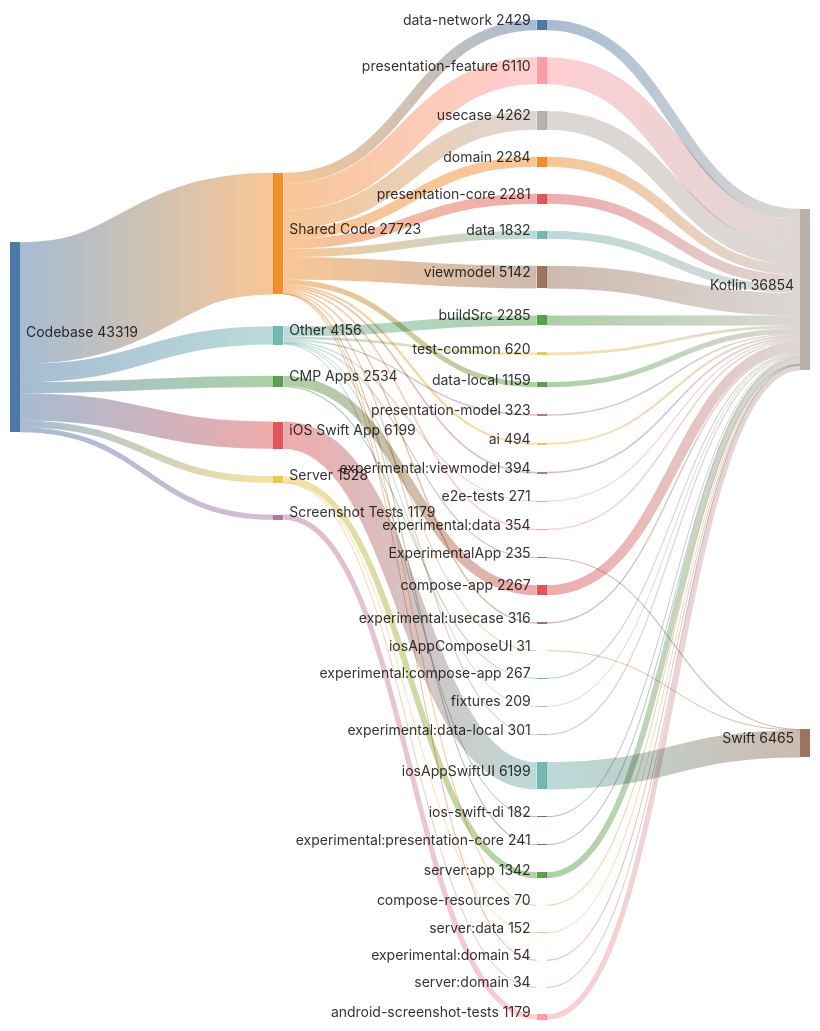
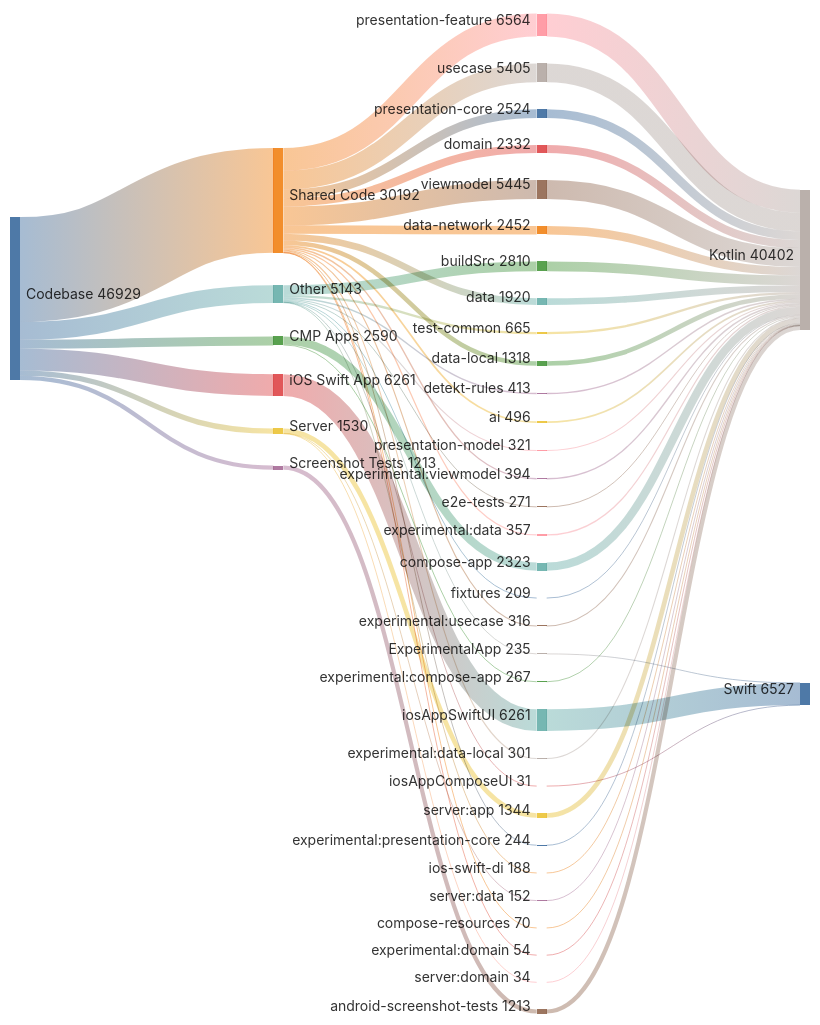
The second of 2 diagrams in README.md (cartland/battery-butler), drawn with Mermaid before and after one commit. The commit also changed other lines of this file and 6 other files, not shown here.

Commit message:
docs(generated): Regenerate architecture diagrams and analysis (#1156)

```diff
--- a/README.md
+++ b/README.md
@@ -223,76 +224,78 @@
 %% GENERATED FILE - DO NOT EDIT
 sankey-beta
 
-Codebase,Shared Code,27723
-Codebase,iOS Swift App,6199
-Codebase,Other,4156
-Codebase,CMP Apps,2534
-Codebase,Server,1528
-Codebase,Screenshot Tests,1179
+Codebase,Shared Code,30192
+Codebase,iOS Swift App,6261
+Codebase,Other,5143
+Codebase,CMP Apps,2590
+Codebase,Server,1530
+Codebase,Screenshot Tests,1213
 
-Shared Code,presentation-feature,6110
-Shared Code,viewmodel,5142
-Shared Code,usecase,4262
-Shared Code,data-network,2429
-Shared Code,domain,2284
-Shared Code,presentation-core,2281
-Shared Code,data,1832
-Shared Code,data-local,1159
-Shared Code,ai,494
+Shared Code,presentation-feature,6564
+Shared Code,viewmodel,5445
+Shared Code,usecase,5405
+Shared Code,presentation-core,2524
+Shared Code,data-network,2452
+Shared Code,domain,2332
+Shared Code,data,1920
+Shared Code,data-local,1318
+Shared Code,ai,496
 Shared Code,experimental:viewmodel,394
-Shared Code,experimental:data,354
+Shared Code,experimental:data,357
 Shared Code,experimental:usecase,316
 Shared Code,experimental:data-local,301
-Shared Code,experimental:presentation-core,241
+Shared Code,experimental:presentation-core,244
 Shared Code,compose-resources,70
 Shared Code,experimental:domain,54
 
-iOS Swift App,iosAppSwiftUI,6199
+iOS Swift App,iosAppSwiftUI,6261
 
-Other,buildSrc,2285
-Other,test-common,620
-Other,presentation-model,323
+Other,buildSrc,2810
+Other,test-common,665
+Other,detekt-rules,413
+Other,presentation-model,321
 Other,e2e-tests,271
 Other,ExperimentalApp,235
 Other,fixtures,209
-Other,ios-swift-di,182
+Other,ios-swift-di,188
 Other,iosAppComposeUI,31
 
-CMP Apps,compose-app,2267
+CMP Apps,compose-app,2323
 CMP Apps,experimental:compose-app,267
 
-Server,server:app,1342
+Server,server:app,1344
 Server,server:data,152
 Server,server:domain,34
 
-Screenshot Tests,android-screenshot-tests,1179
+Screenshot Tests,android-screenshot-tests,1213
 
-iosAppSwiftUI,Swift,6199
-presentation-feature,Kotlin,6110
-viewmodel,Kotlin,5142
-usecase,Kotlin,4262
-data-network,Kotlin,2429
-buildSrc,Kotlin,2285
-domain,Kotlin,2284
-presentation-core,Kotlin,2281
-compose-app,Kotlin,2267
-data,Kotlin,1832
-server:app,Kotlin,1342
-android-screenshot-tests,Kotlin,1179
-data-local,Kotlin,1159
-test-common,Kotlin,620
-ai,Kotlin,494
+presentation-feature,Kotlin,6564
+iosAppSwiftUI,Swift,6261
+viewmodel,Kotlin,5445
+usecase,Kotlin,5405
+buildSrc,Kotlin,2810
+presentation-core,Kotlin,2524
+data-network,Kotlin,2452
+domain,Kotlin,2332
+compose-app,Kotlin,2323
+data,Kotlin,1920
+server:app,Kotlin,1344
+data-local,Kotlin,1318
+android-screenshot-tests,Kotlin,1213
+test-common,Kotlin,665
+ai,Kotlin,496
+detekt-rules,Kotlin,413
 experimental:viewmodel,Kotlin,394
-experimental:data,Kotlin,354
-presentation-model,Kotlin,323
+experimental:data,Kotlin,357
+presentation-model,Kotlin,321
 experimental:usecase,Kotlin,316
 experimental:data-local,Kotlin,301
 e2e-tests,Kotlin,271
 experimental:compose-app,Kotlin,267
-experimental:presentation-core,Kotlin,241
+experimental:presentation-core,Kotlin,244
 ExperimentalApp,Swift,235
 fixtures,Kotlin,209
-ios-swift-di,Kotlin,182
+ios-swift-di,Kotlin,188
 server:data,Kotlin,152
 compose-resources,Kotlin,70
 experimental:domain,Kotlin,54
```
